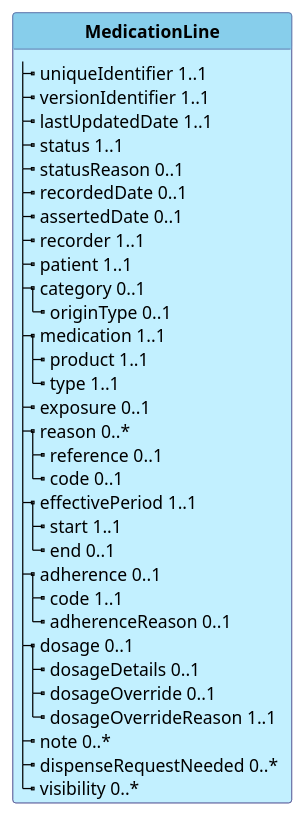
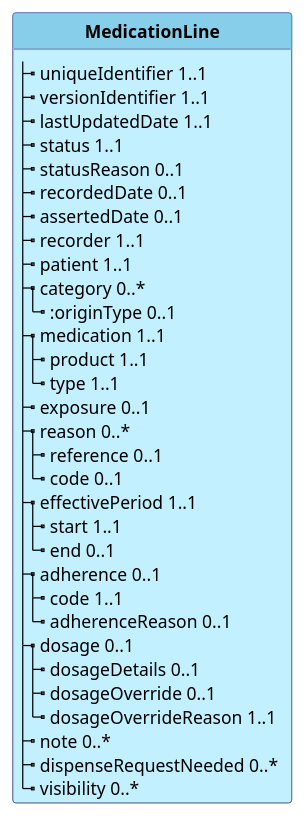
Before and after one commit to hl7-be/medication: the diagram in input/images-source/be-model-medicationline.plantuml, drawn with PlantUML.

Commit message:
update medmodel diagram

```diff
--- a/input/images-source/be-model-medicationline.plantuml
+++ b/input/images-source/be-model-medicationline.plantuml
@@ -1,47 +1,47 @@
 @startuml
 skinparam linetype polyline
 hide circle
 hide stereotype
 
 
 skinparam class<<TM>> {
  BorderColor #505090
  BackgroundColor APPLICATION
  HeaderBackgroundColor SkyBlue
 }
 
 
 class "**MedicationLine**" as BELMMedicationLine <<TM>>{
   |_ uniqueIdentifier 1..1   
   |_ versionIdentifier 1..1   
   |_ lastUpdatedDate 1..1   
   |_ status 1..1   
   |_ statusReason 0..1   
   |_ recordedDate 0..1   
   |_ assertedDate 0..1   
   |_ recorder 1..1   
   |_ patient 1..1   
-  |_ category 0..1   
-    |_ originType 0..1   
+  |_ category 0..*   
+    |_ :originType 0..1   
   |_ medication 1..1   
     |_ product 1..1   
     |_ type 1..1   
   |_ exposure 0..1   
   |_ reason 0..*   
     |_ reference 0..1   
     |_ code 0..1   
   |_ effectivePeriod 1..1   
     |_ start 1..1   
     |_ end 0..1   
   |_ adherence 0..1   
     |_ code 1..1   
     |_ adherenceReason 0..1   
   |_ dosage 0..1   
     |_ dosageDetails 0..1   
     |_ dosageOverride 0..1   
     |_ dosageOverrideReason 1..1   
   |_ note 0..*   
   |_ dispenseRequestNeeded 0..*   
   |_ visibility 0..*   
 }
 @enduml
```
